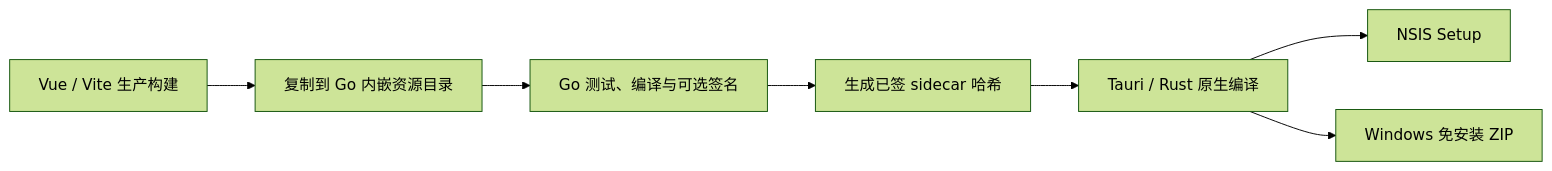
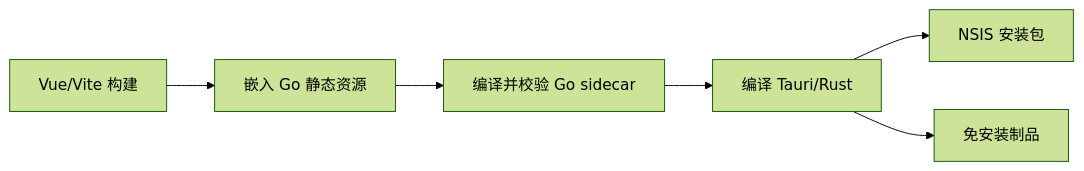
Before and after one commit to R9-404/smart-elderly-watch-management: the second of 2 diagrams in docs/ARCHITECTURE.md, drawn with Mermaid (forest theme). The commit also changed other lines of this file and 10 other files, not shown here.

Commit message:
docs: align preview architecture and community guidance (#181)

````diff
--- a/docs/ARCHITECTURE.md
+++ b/docs/ARCHITECTURE.md
@@ -142,9 +81,8 @@
 ```mermaid
 flowchart LR
-  V["Vue / Vite 生产构建"] --> E["复制到 Go 内嵌资源目录"]
-  E --> G["Go 测试、编译与可选签名"]
-  G --> H["生成已签 sidecar 哈希"]
-  H --> R["Tauri / Rust 原生编译"]
-  R --> N["NSIS Setup"]
-  R --> Z["Windows 免安装 ZIP"]
+    V["Vue/Vite 构建"] --> G["嵌入 Go 静态资源"]
+    G --> H["编译并校验 Go sidecar"]
+    H --> T["编译 Tauri/Rust"]
+    T --> I["NSIS 安装包"]
+    T --> P["免安装制品"]
 ```
````
